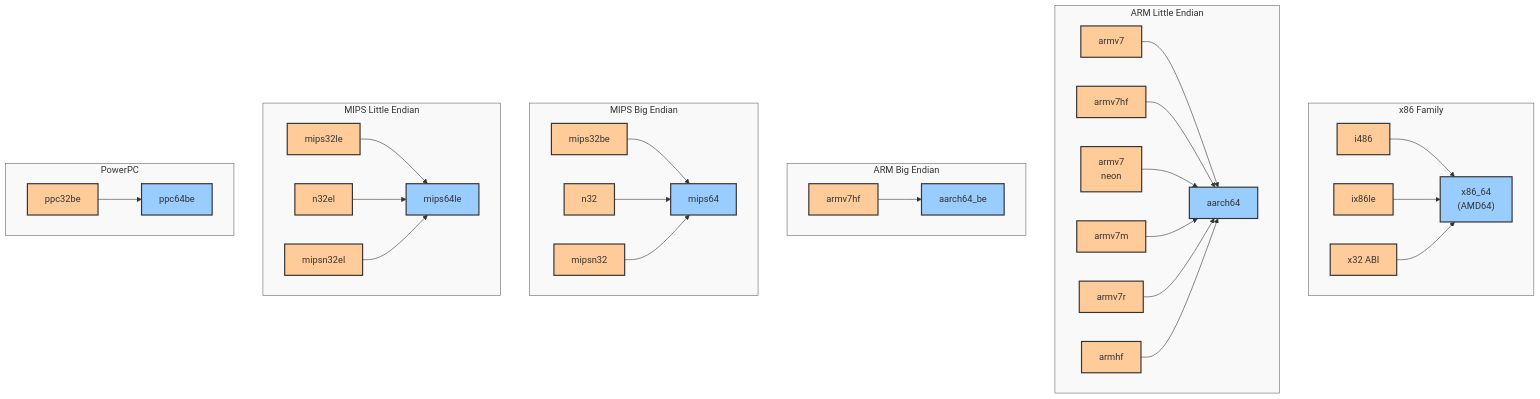
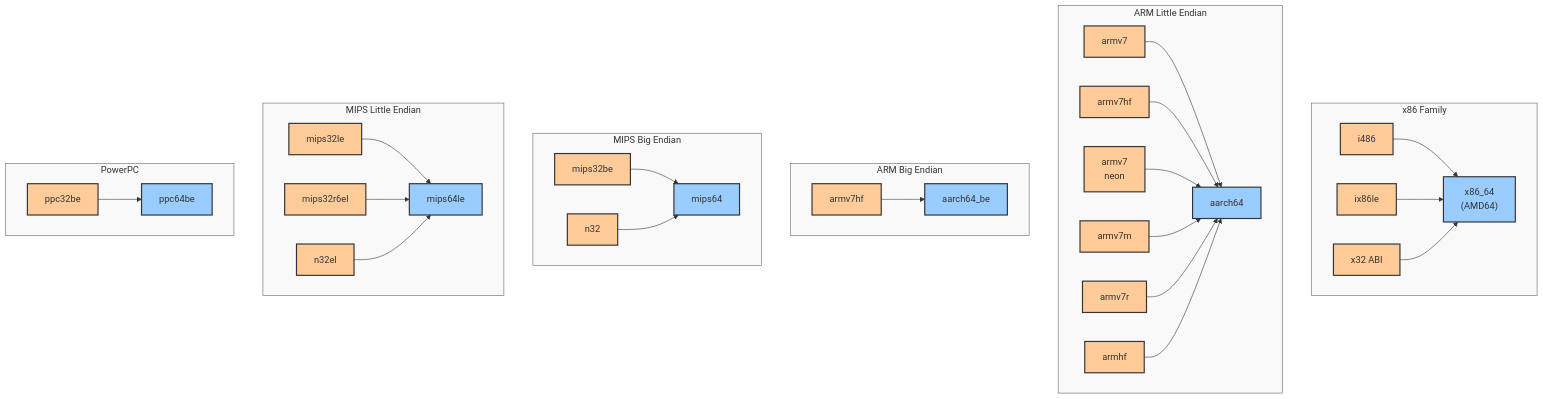
One commit to f0rw4rd/sthenos-embedded-toolkit changed the diagram in docs/Architecture-Guide.md. Above: the diagram before and after it, drawn with Mermaid. The commit also changed 3 other files, not shown here.

````diff
--- a/docs/Architecture-Guide.md
+++ b/docs/Architecture-Guide.md
@@ -168,52 +168,51 @@
 ```mermaid
 graph TB
     %% x86 family
     subgraph x86["x86 Family"]
         i486 --> x86_64["x86_64<br/>(AMD64)"]
         ix86le --> x86_64
         x86_64_x32["x32 ABI"] --> x86_64
     end
     
     %% ARM LE family
     subgraph armle["ARM Little Endian"]
         arm32v7le["armv7"] --> aarch64["aarch64"]
         arm32v7lehf["armv7hf"] --> aarch64
         arm32v7neon["armv7<br/>neon"] --> aarch64
         armv7m --> aarch64
         armv7r --> aarch64
         armelhf["armhf"] --> aarch64
     end
     
     %% ARM BE family
     subgraph armbe["ARM Big Endian"]
         armebv7hf["armv7hf"] --> aarch64_be["aarch64_be"]
     end
     
     %% MIPS BE family
     subgraph mipsbe["MIPS Big Endian"]
         mips32be --> mips64
         mips64n32["n32"] --> mips64
-        mipsn32 --> mips64
     end
     
     %% MIPS LE family
     subgraph mipsle["MIPS Little Endian"]
         mips32le --> mips64le
+        mips32r6el --> mips64le
         mips64n32el["n32el"] --> mips64le
-        mipsn32el --> mips64le
     end
     
     %% PowerPC family
     subgraph ppc["PowerPC"]
         ppc32be --> ppc64be
     end
     
     %% Styling
     classDef arch64 fill:#9cf,stroke:#333,stroke-width:2px
     classDef arch32 fill:#fc9,stroke:#333,stroke-width:2px
     classDef subgraphStyle fill:#f9f9f9,stroke:#666,stroke-width:1px
     
     class x86_64,aarch64,aarch64_be,mips64,mips64le,ppc64be arch64
-    class i486,ix86le,arm32v7le,arm32v7lehf,arm32v7neon,armv7m,armv7r,armelhf,armebv7hf,mips32be,mips32le,ppc32be,x86_64_x32,mips64n32,mips64n32el,mipsn32,mipsn32el arch32
+    class i486,ix86le,arm32v7le,arm32v7lehf,arm32v7neon,armv7m,armv7r,armelhf,armebv7hf,mips32be,mips32le,mips32r6el,ppc32be,x86_64_x32,mips64n32,mips64n32el arch32
     class x86,armle,armbe,mipsbe,mipsle,ppc subgraphStyle
 ```
````
